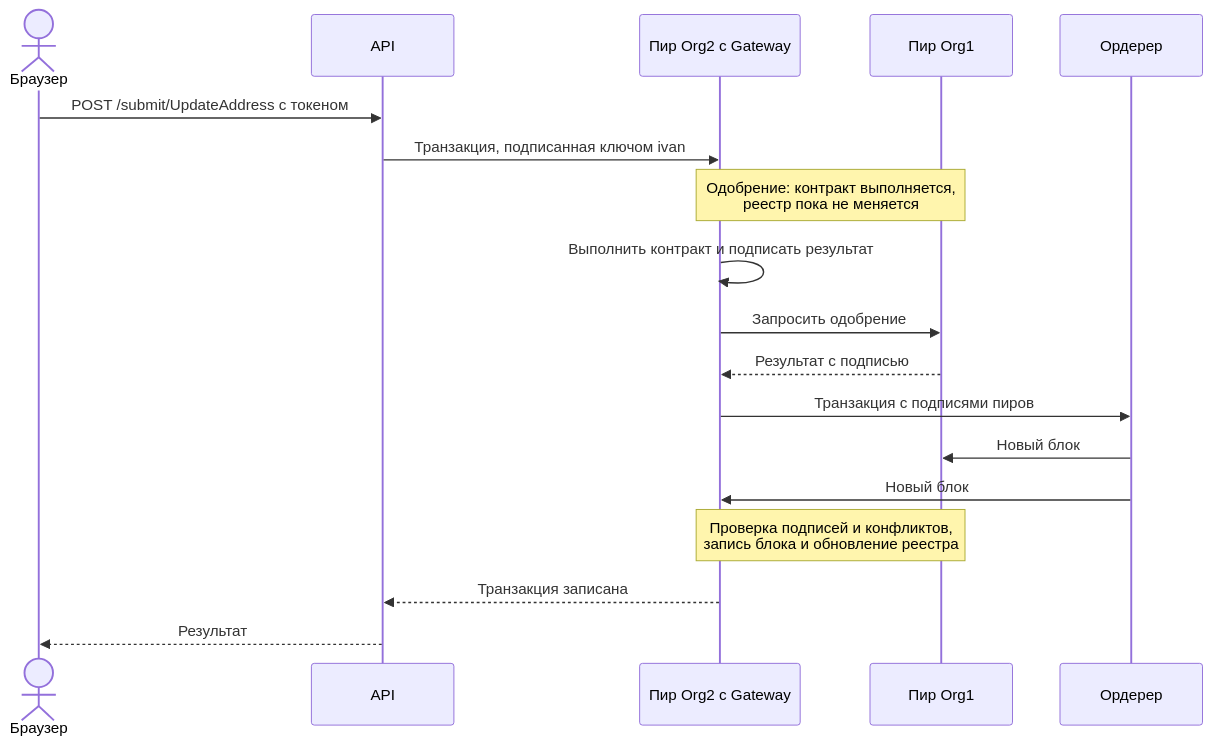
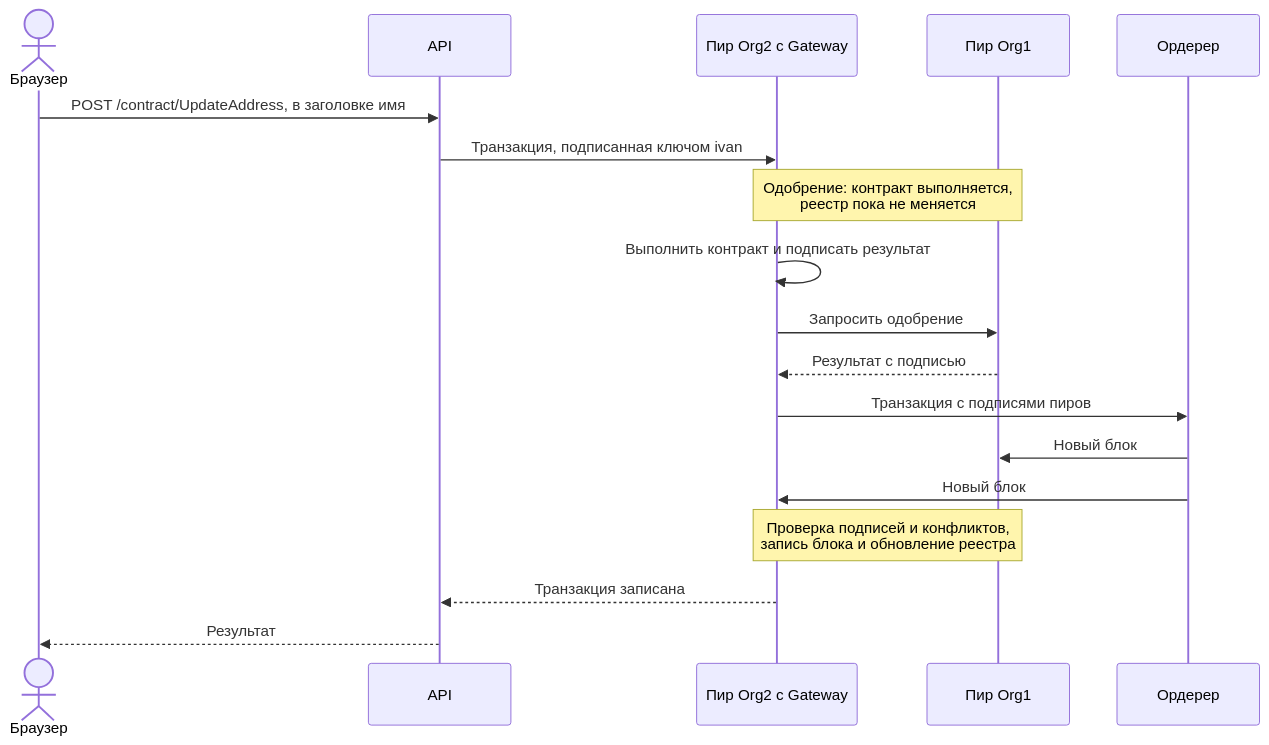
Before and after one commit to DmitroZubroni/HyperLadger-strust-and-start: the fifth of 6 diagrams in ARCHITECTURE.md, drawn with Mermaid. The commit also changed other lines of this file and 7 other files, not shown here.

````diff
--- a/ARCHITECTURE.md
+++ b/ARCHITECTURE.md
@@ -242,20 +246,20 @@
 ```mermaid
 sequenceDiagram
   actor U as Браузер
   participant A as API
   participant P2 as Пир Org2 с Gateway
   participant P1 as Пир Org1
   participant O as Ордерер
-  U->>A: POST /submit/UpdateAddress с токеном
+  U->>A: POST /contract/UpdateAddress, в заголовке имя
   A->>P2: Транзакция, подписанная ключом ivan
   Note over P2,P1: Одобрение: контракт выполняется,<br/>реестр пока не меняется
   P2->>P2: Выполнить контракт и подписать результат
   P2->>P1: Запросить одобрение
   P1-->>P2: Результат с подписью
   P2->>O: Транзакция с подписями пиров
   O->>P1: Новый блок
   O->>P2: Новый блок
   Note over P1,P2: Проверка подписей и конфликтов,<br/>запись блока и обновление реестра
   P2-->>A: Транзакция записана
   A-->>U: Результат
 ```
````
